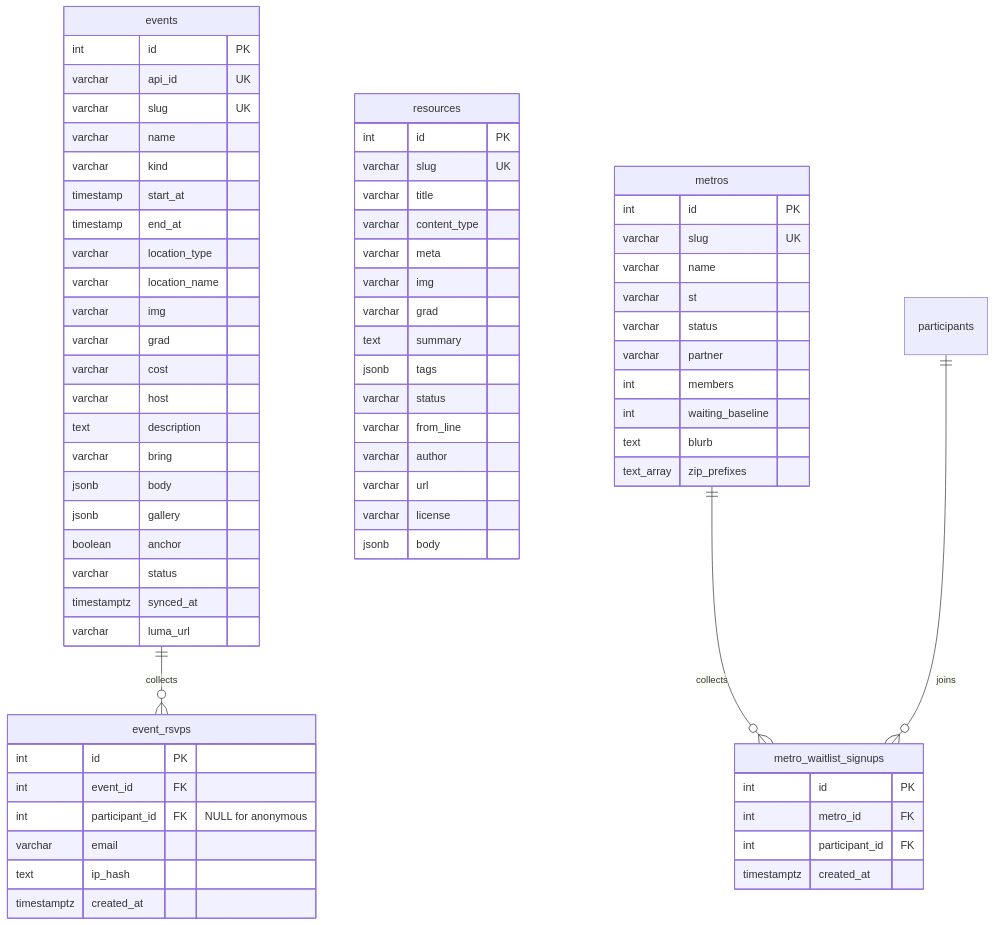
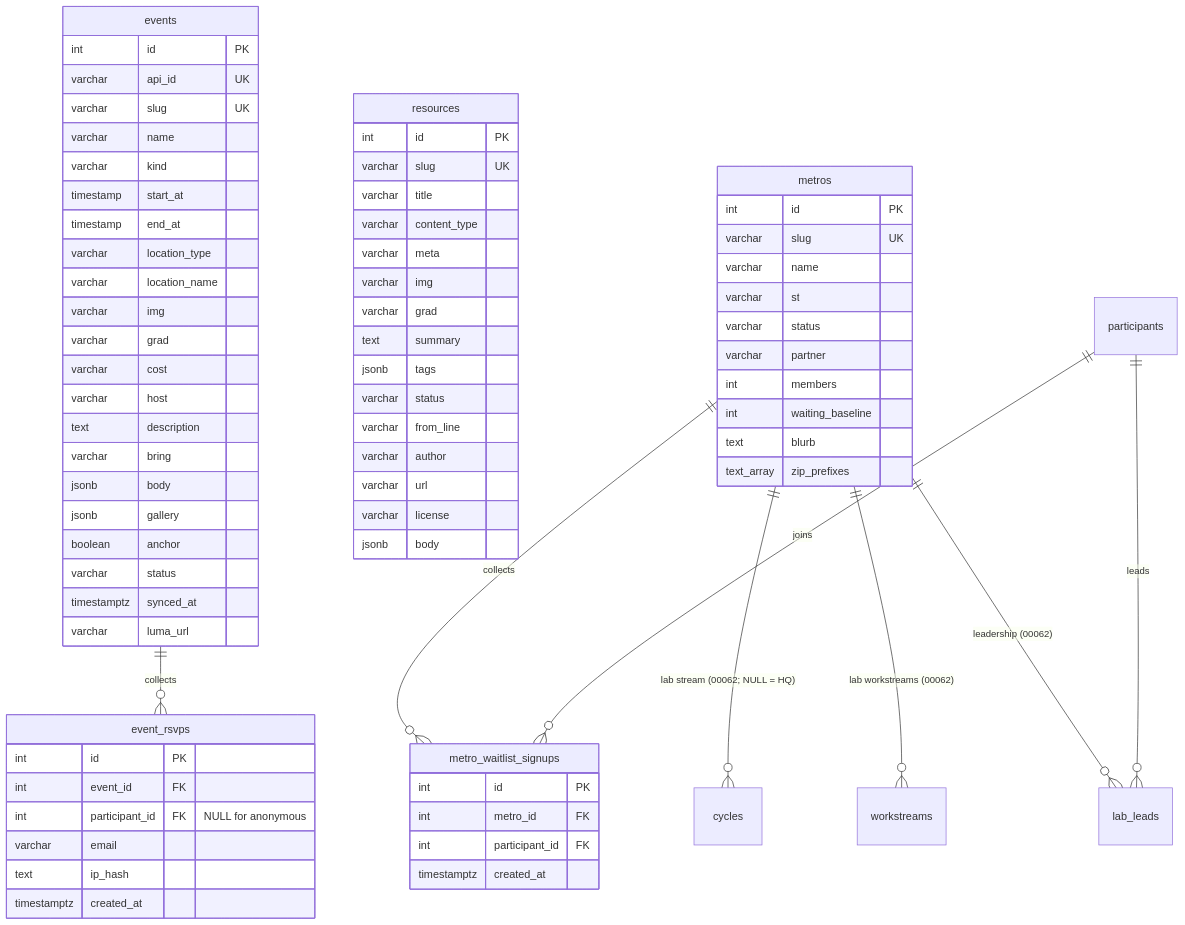
One commit to TheUpskillingLabs/OLOS changed the seventh of 9 diagrams in SCHEMA.md. Above: the diagram before and after it, drawn with Mermaid. The commit also changed other lines of this file, not shown here.

First line of the commit message:
SCHEMA.md ERD: lab_id columns, lab_leads table, metros relations (00062)

````diff
--- a/SCHEMA.md
+++ b/SCHEMA.md
@@ -455,77 +456,81 @@
 ```mermaid
 erDiagram
     events {
         int id PK
         varchar api_id UK
         varchar slug UK
         varchar name
         varchar kind
         timestamp start_at
         timestamp end_at
         varchar location_type
         varchar location_name
         varchar img
         varchar grad
         varchar cost
         varchar host
         text description
         varchar bring
         jsonb body
         jsonb gallery
         boolean anchor
         varchar status
         timestamptz synced_at
         varchar luma_url
     }
 
     resources {
         int id PK
         varchar slug UK
         varchar title
         varchar content_type
         varchar meta
         varchar img
         varchar grad
         text summary
         jsonb tags
         varchar status
         varchar from_line
         varchar author
         varchar url
         varchar license
         jsonb body
     }
 
     metros {
         int id PK
         varchar slug UK
         varchar name
         varchar st
         varchar status
         varchar partner
         int members
         int waiting_baseline
         text blurb
         text_array zip_prefixes
     }
 
     metro_waitlist_signups {
         int id PK
         int metro_id FK
         int participant_id FK
         timestamptz created_at
     }
 
     event_rsvps {
         int id PK
         int event_id FK
         int participant_id FK "NULL for anonymous"
         varchar email
         text ip_hash
         timestamptz created_at
     }
 
     metros ||--o{ metro_waitlist_signups : "collects"
+    metros ||--o{ cycles : "lab stream (00062; NULL = HQ)"
+    metros ||--o{ workstreams : "lab workstreams (00062)"
+    metros ||--o{ lab_leads : "leadership (00062)"
+    participants ||--o{ lab_leads : "leads"
     participants ||--o{ metro_waitlist_signups : "joins"
     events ||--o{ event_rsvps : "collects"
 ```
````
